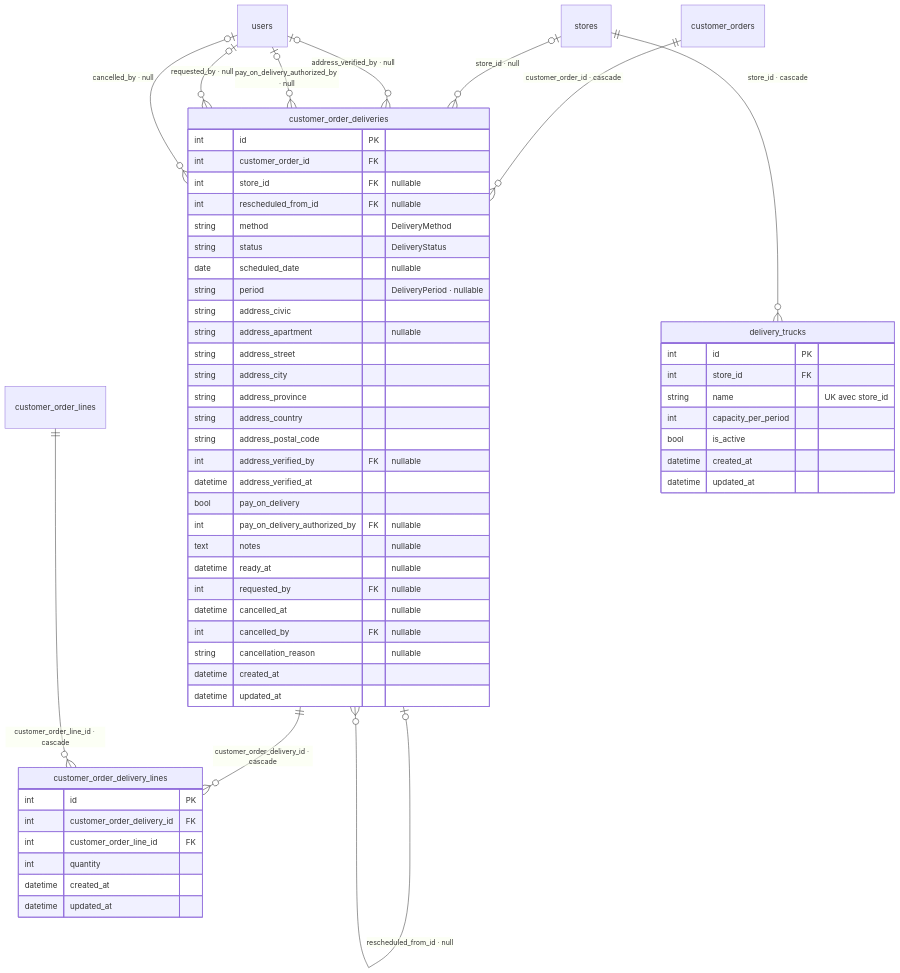
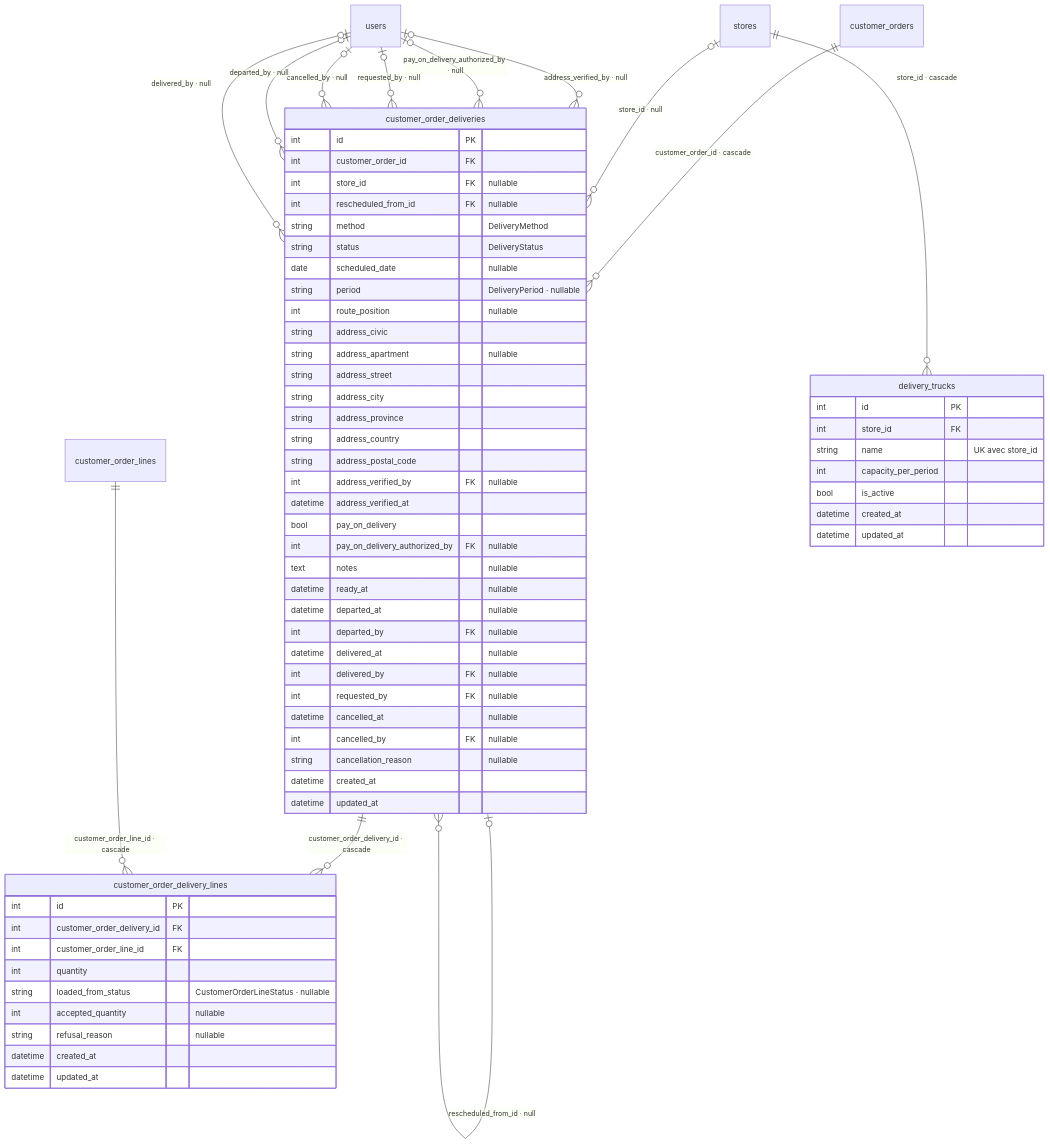
Before and after one commit to sebastienmarley/dkorpos: the third of 10 diagrams in dkor/docs/data-model.md, drawn with Mermaid. The commit also changed other lines of this file and 17 other files, not shown here.

````diff
--- a/dkor/docs/data-model.md
+++ b/dkor/docs/data-model.md
@@ -295,65 +302,75 @@
 ```mermaid
 erDiagram
     customer_orders ||--o{ customer_order_deliveries : "customer_order_id · cascade"
     stores |o--o{ customer_order_deliveries : "store_id · null"
     customer_order_deliveries |o--o{ customer_order_deliveries : "rescheduled_from_id · null"
     users |o--o{ customer_order_deliveries : "address_verified_by · null"
     users |o--o{ customer_order_deliveries : "pay_on_delivery_authorized_by · null"
     users |o--o{ customer_order_deliveries : "requested_by · null"
     users |o--o{ customer_order_deliveries : "cancelled_by · null"
+    users |o--o{ customer_order_deliveries : "departed_by · null"
+    users |o--o{ customer_order_deliveries : "delivered_by · null"
     customer_order_deliveries ||--o{ customer_order_delivery_lines : "customer_order_delivery_id · cascade"
     customer_order_lines ||--o{ customer_order_delivery_lines : "customer_order_line_id · cascade"
     stores ||--o{ delivery_trucks : "store_id · cascade"
     customer_orders {
     }
     customer_order_lines {
     }
     stores {
     }
     customer_order_deliveries {
         int id PK
         int customer_order_id FK
         int store_id FK "nullable"
         int rescheduled_from_id FK "nullable"
         string method "DeliveryMethod"
         string status "DeliveryStatus"
         date scheduled_date "nullable"
         string period "DeliveryPeriod · nullable"
+        int route_position "nullable"
         string address_civic
         string address_apartment "nullable"
         string address_street
         string address_city
         string address_province
         string address_country
         string address_postal_code
         int address_verified_by FK "nullable"
         datetime address_verified_at
         bool pay_on_delivery
         int pay_on_delivery_authorized_by FK "nullable"
         text notes "nullable"
         datetime ready_at "nullable"
+        datetime departed_at "nullable"
+        int departed_by FK "nullable"
+        datetime delivered_at "nullable"
+        int delivered_by FK "nullable"
         int requested_by FK "nullable"
         datetime cancelled_at "nullable"
         int cancelled_by FK "nullable"
         string cancellation_reason "nullable"
         datetime created_at
         datetime updated_at
     }
     customer_order_delivery_lines {
         int id PK
         int customer_order_delivery_id FK
         int customer_order_line_id FK
         int quantity
+        string loaded_from_status "CustomerOrderLineStatus · nullable"
+        int accepted_quantity "nullable"
+        string refusal_reason "nullable"
         datetime created_at
         datetime updated_at
     }
     delivery_trucks {
         int id PK
         int store_id FK
         string name "UK avec store_id"
         int capacity_per_period
         bool is_active
         datetime created_at
         datetime updated_at
     }
 ```
````
